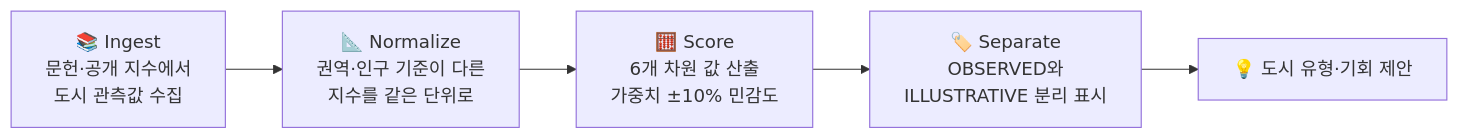
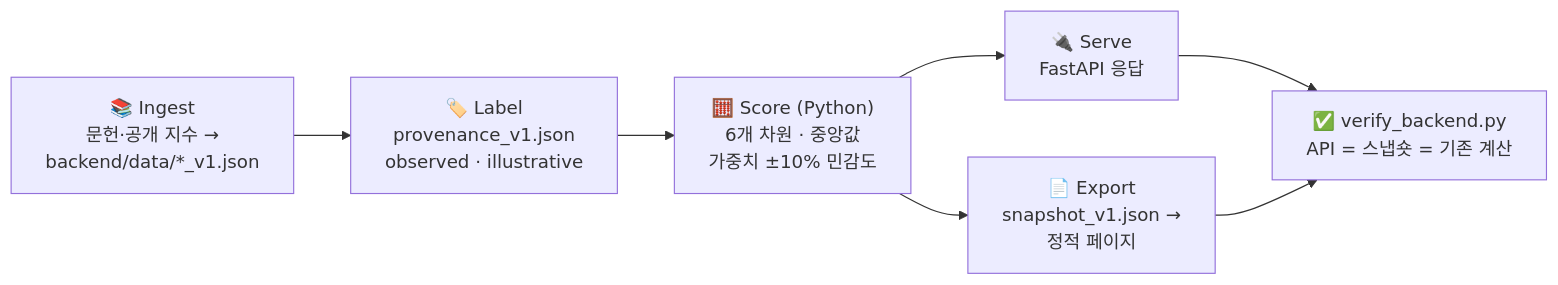
One commit to beang66/art-city-intelligence changed the second of 5 diagrams in README.md. Above: the diagram before and after it, drawn with Mermaid. The commit also changed other lines of this file, not shown here.

First line of the commit message:
docs: README를 FastAPI 구조로 갱신 (이전 커밋에 반영되지 않은 내용)

````diff
--- a/README.md
+++ b/README.md
@@ -148,7 +149,8 @@
 ```mermaid
 flowchart LR
-    A["📚 Ingest<br>문헌·공개 지수에서<br>도시 관측값 수집"] --> B["📐 Normalize<br>권역·인구 기준이 다른<br>지수를 같은 단위로"]
-    B --> C["🧮 Score<br>6개 차원 값 산출<br>가중치 ±10% 민감도"]
-    C --> D["🏷️ Separate<br>OBSERVED와<br>ILLUSTRATIVE 분리 표시"]
-    D --> E["💡 도시 유형·기회 제안"]
+    A["📚 Ingest<br>문헌·공개 지수 →<br>backend/data/*_v1.json"] --> B["🏷️ Label<br>provenance_v1.json<br>observed · illustrative"]
+    B --> C["🧮 Score (Python)<br>6개 차원 · 중앙값<br>가중치 ±10% 민감도"]
+    C --> D["🔌 Serve<br>FastAPI 응답"]
+    C --> E["📄 Export<br>snapshot_v1.json →<br>정적 페이지"]
+    D & E --> F["✅ verify_backend.py<br>API = 스냅숏 = 기존 계산"]
 ```
````
